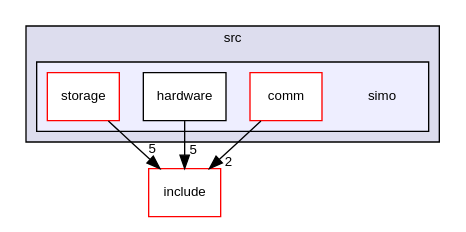
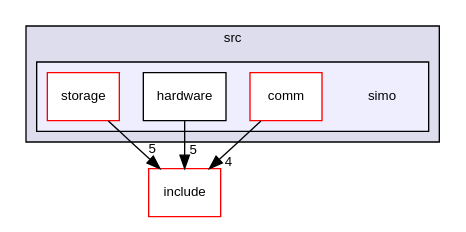
The diagram in docs/dir_c4acac0979fb7e09bcb67a660e699ac3_dep.dot (Germanvelardez2018/simo.v2), drawn with Graphviz before and after one commit. The commit also changed 94 other files, not shown here.

```diff
--- a/docs/dir_c4acac0979fb7e09bcb67a660e699ac3_dep.dot
+++ b/docs/dir_c4acac0979fb7e09bcb67a660e699ac3_dep.dot
@@ -1,19 +1,19 @@
 digraph "core/src/simo" {
   compound=true
   node [ fontsize="10", fontname="Helvetica"];
   edge [ labelfontsize="10", labelfontname="Helvetica"];
   subgraph clusterdir_90fd98a0ba30abf7a6068a44995d2d6b {
     graph [ bgcolor="#ddddee", pencolor="black", label="src" fontname="Helvetica", fontsize="10", URL="dir_90fd98a0ba30abf7a6068a44995d2d6b.html"]
   subgraph clusterdir_c4acac0979fb7e09bcb67a660e699ac3 {
     graph [ bgcolor="#eeeeff", pencolor="black", label="" URL="dir_c4acac0979fb7e09bcb67a660e699ac3.html"];
     dir_c4acac0979fb7e09bcb67a660e699ac3 [shape=plaintext label="simo"];
     dir_6fa789263611014976c50996af3517c5 [shape=box label="comm" color="red" fillcolor="white" style="filled" URL="dir_6fa789263611014976c50996af3517c5.html"];
     dir_6d88a1801a5915da0665f21e766a543a [shape=box label="hardware" color="black" fillcolor="white" style="filled" URL="dir_6d88a1801a5915da0665f21e766a543a.html"];
     dir_2c8bc93ff3a5e0101bc097bb9a4d49bf [shape=box label="storage" color="red" fillcolor="white" style="filled" URL="dir_2c8bc93ff3a5e0101bc097bb9a4d49bf.html"];
   }
   }
   dir_24d671cfcbc5d5238a6bd565a49d198f [shape=box label="include" fillcolor="white" style="filled" color="red" URL="dir_24d671cfcbc5d5238a6bd565a49d198f.html"];
-  dir_6fa789263611014976c50996af3517c5->dir_24d671cfcbc5d5238a6bd565a49d198f [headlabel="2", labeldistance=1.5 headhref="dir_000010_000001.html"];
+  dir_6fa789263611014976c50996af3517c5->dir_24d671cfcbc5d5238a6bd565a49d198f [headlabel="4", labeldistance=1.5 headhref="dir_000010_000001.html"];
   dir_2c8bc93ff3a5e0101bc097bb9a4d49bf->dir_24d671cfcbc5d5238a6bd565a49d198f [headlabel="5", labeldistance=1.5 headhref="dir_000013_000001.html"];
   dir_6d88a1801a5915da0665f21e766a543a->dir_24d671cfcbc5d5238a6bd565a49d198f [headlabel="5", labeldistance=1.5 headhref="dir_000012_000001.html"];
 }
```
